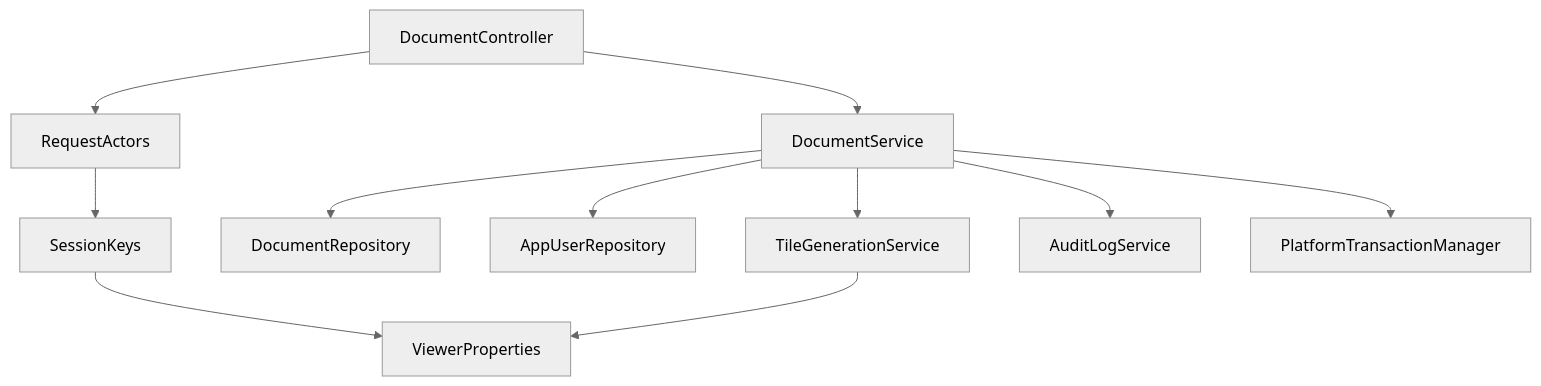
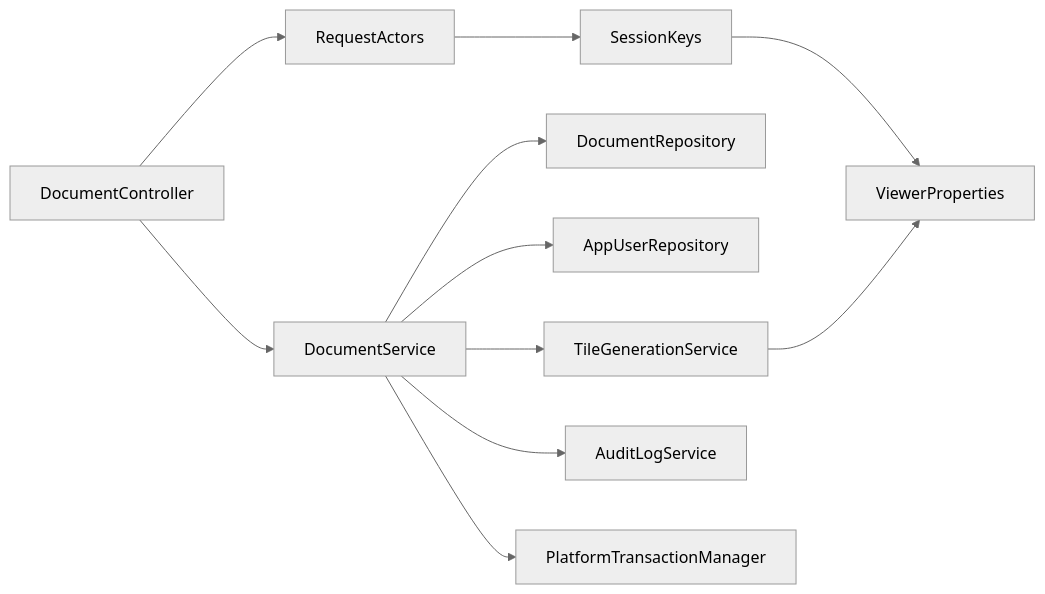
One commit to Sriram-Codes-SW/secure-doc-viewer changed the diagram in book/part-2-backend/11-spring-boot-foundations.md. Above: the diagram before and after it, drawn with Mermaid (neutral theme). The commit also changed other lines of this file and 31 other files, not shown here.

Commit message:
Book: interior layout design, diagram restructuring for print size, mermaid config, measure helper

````diff
--- a/book/part-2-backend/11-spring-boot-foundations.md
+++ b/book/part-2-backend/11-spring-boot-foundations.md
@@ -152,13 +152,13 @@
 ```mermaid
-graph TD
+graph LR
     DocumentController --> DocumentService
     DocumentController --> RequestActors
     RequestActors --> SessionKeys
     SessionKeys --> ViewerProperties
     DocumentService --> DocumentRepository
     DocumentService --> AppUserRepository
     DocumentService --> TileGenerationService
     DocumentService --> AuditLogService
     DocumentService --> PlatformTransactionManager
     TileGenerationService --> ViewerProperties
 ```
````
